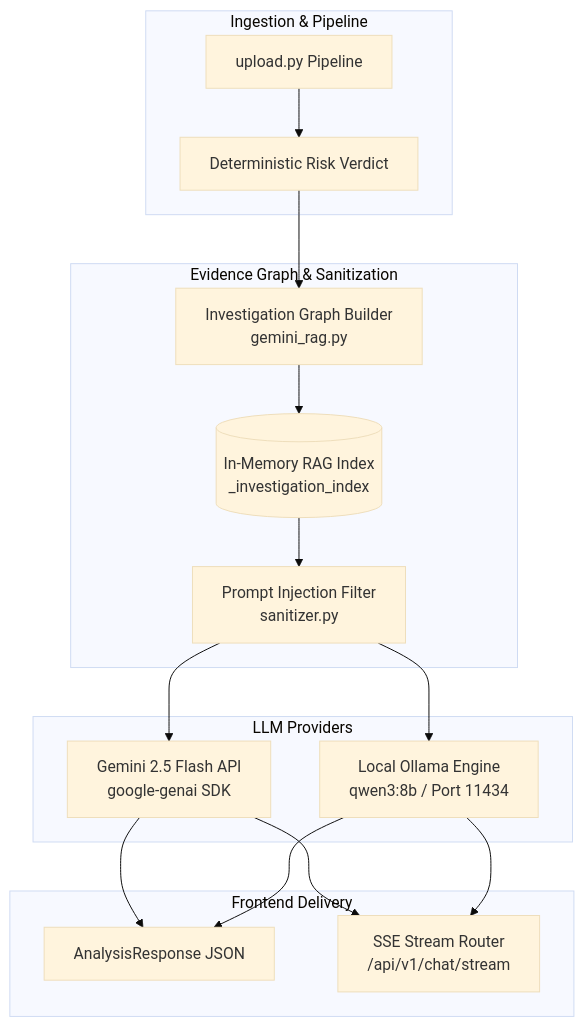
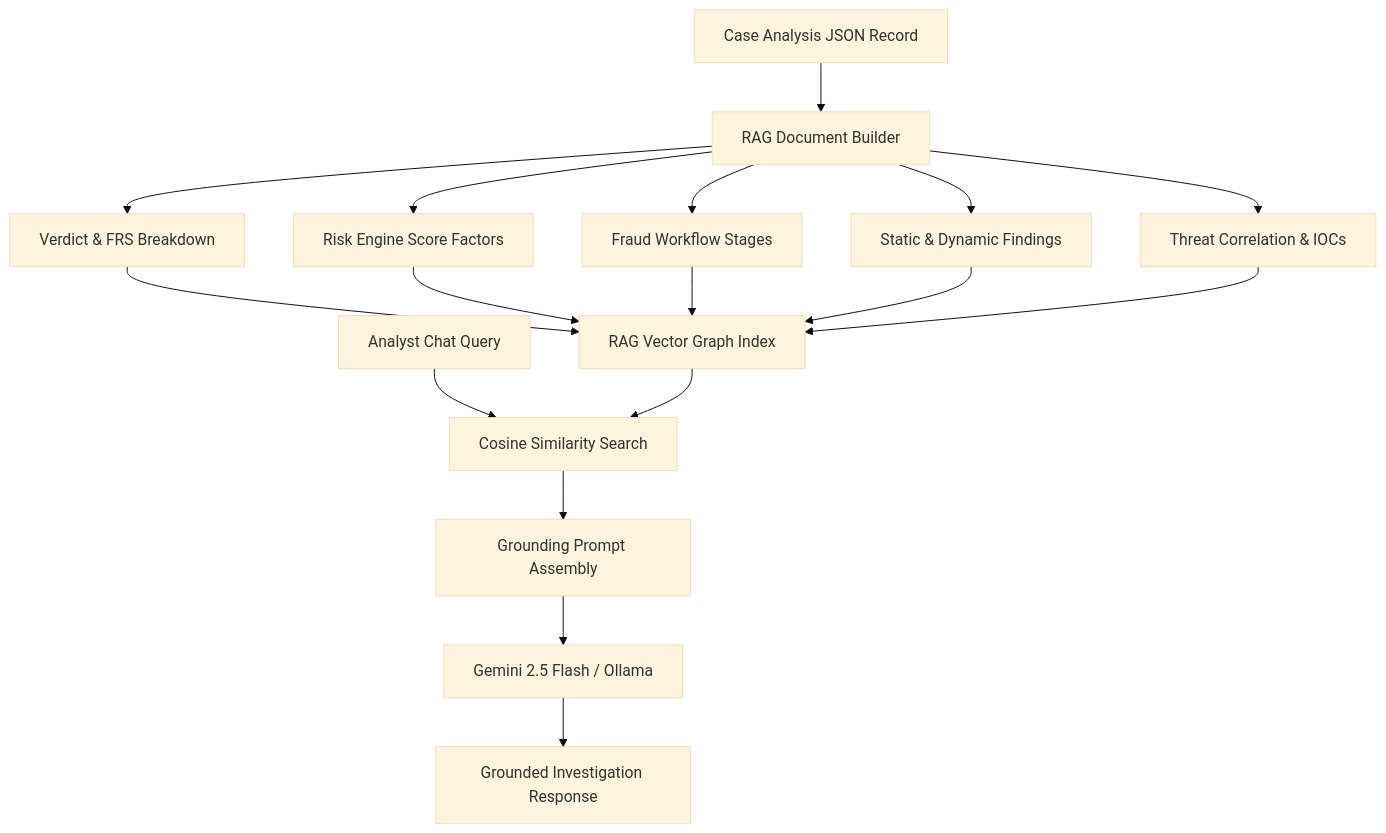
The diagram in docs/architecture/05_AI_INVESTIGATION_ENGINE.md (SanTiwari07/Sudarshan), drawn with Mermaid (base theme) before and after one commit. The commit also changed other lines of this file and 46 other files, not shown here.

Commit message:
implement AI investigation engine with RAG, fraud workflow reconstruction, and technical documentation framework.

````diff
--- a/docs/architecture/05_AI_INVESTIGATION_ENGINE.md
+++ b/docs/architecture/05_AI_INVESTIGATION_ENGINE.md
@@ -62,36 +32,22 @@
 ```mermaid
 graph TD
-    subgraph Ingestion & Pipeline
-        PIPE[upload.py Pipeline]
-        RISK[Deterministic Risk Verdict]
-    end
+    CASE[Case Analysis JSON Record] --> PARSE[RAG Document Builder]
 
-    subgraph Evidence Graph & Sanitization
-        IDX[Investigation Graph Builder<br/>gemini_rag.py]
-        INDEX[(In-Memory RAG Index<br/>_investigation_index)]
-        SAN[Prompt Injection Filter<br/>sanitizer.py]
-    end
+    PARSE --> V1[Verdict & FRS Breakdown]
+    PARSE --> V2[Risk Engine Score Factors]
+    PARSE --> V3[Fraud Workflow Stages]
+    PARSE --> V4[Static & Dynamic Findings]
+    PARSE --> V5[Threat Correlation & IOCs]
 
-    subgraph LLM Providers
-        GEMINI[Gemini 2.5 Flash API<br/>google-genai SDK]
-        OLLAMA[Local Ollama Engine<br/>qwen3:8b / Port 11434]
-    end
+    V1 --> RAG[RAG Vector Graph Index]
+    V2 --> RAG
+    V3 --> RAG
+    V4 --> RAG
+    V5 --> RAG
 
-    subgraph Frontend Delivery
-        REPORT[AnalysisResponse JSON]
-        STREAM[SSE Stream Router<br/>/api/v1/chat/stream]
-    end
-
-    PIPE --> RISK
-    RISK --> IDX
-    IDX --> INDEX
-    INDEX --> SAN
-
-    SAN --> GEMINI
-    SAN --> OLLAMA
-
-    GEMINI --> REPORT
-    OLLAMA --> REPORT
-    GEMINI --> STREAM
-    OLLAMA --> STREAM
+    QUERY[Analyst Chat Query] --> SEARCH[Cosine Similarity Search]
+    RAG --> SEARCH
+    SEARCH --> PROMPT[Grounding Prompt Assembly]
+    PROMPT --> LLM[Gemini 2.5 Flash / Ollama]
+    LLM --> RESP[Grounded Investigation Response]
 ```
````
